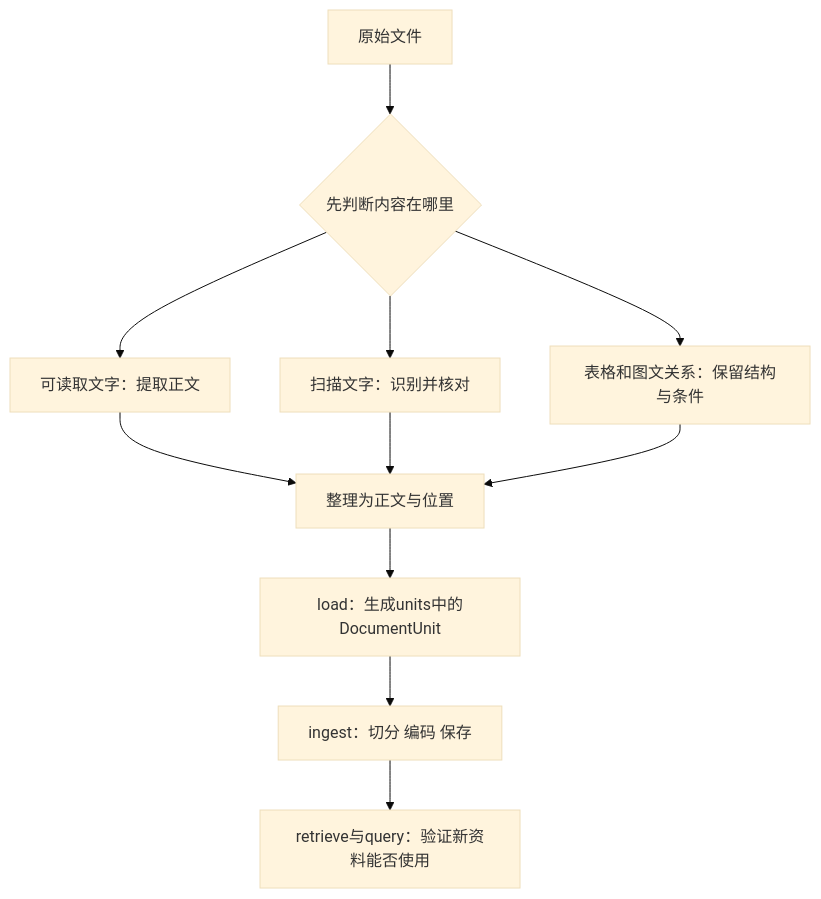
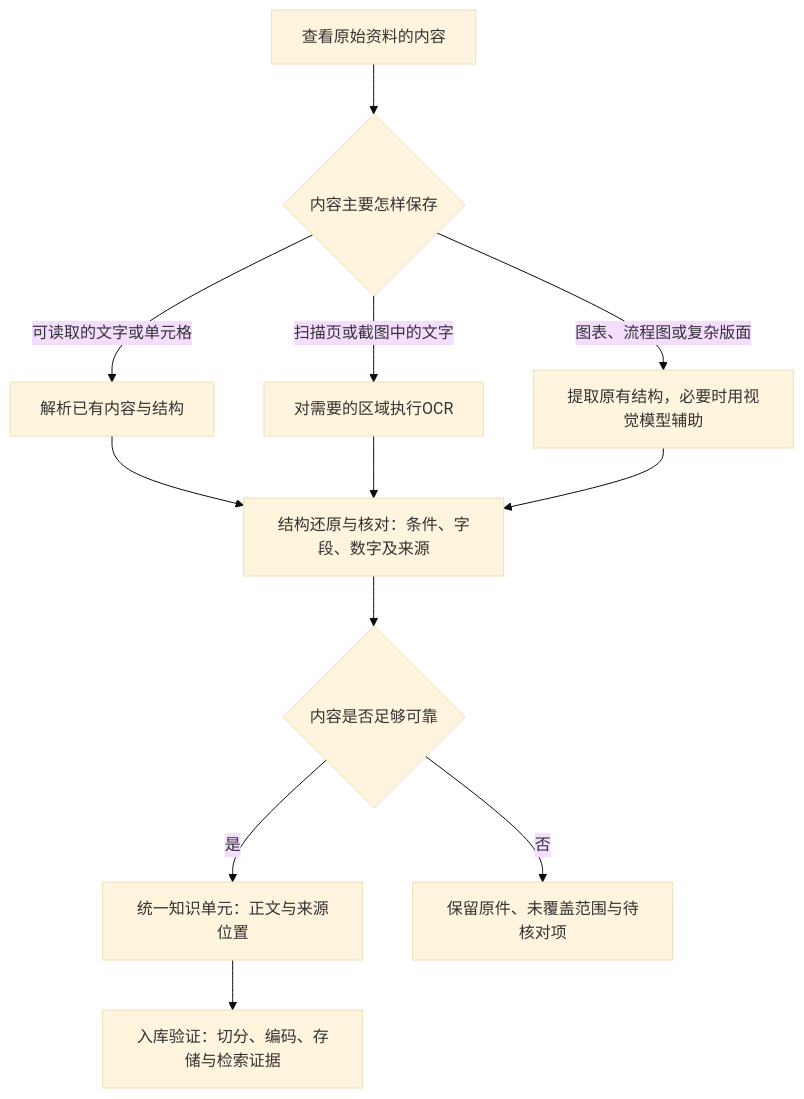
One commit to benx92/ai-learning-notes changed the first of 8 diagrams in 14-文档解析工具链网页PDFWordPPTExcel怎么进知识库.md. Above: the diagram before and after it, drawn with Mermaid (base theme). The commit also changed other lines of this file and 76 other files, not shown here.

````diff
--- a/14-文档解析工具链网页PDFWordPPTExcel怎么进知识库.md
+++ b/14-文档解析工具链网页PDFWordPPTExcel怎么进知识库.md
@@ -54,13 +51,14 @@
 ```mermaid
 flowchart TD
-    A[原始文件] --> B{先判断内容在哪里}
-    B --> C[可读取文字：提取正文]
-    B --> D[扫描文字：识别并核对]
-    B --> E[表格和图文关系：保留结构与条件]
-    C --> F[整理为正文与位置]
+    A[查看原始资料的内容] --> B{内容主要怎样保存}
+    B -->|可读取的文字或单元格| C[解析已有内容与结构]
+    B -->|扫描页或截图中的文字| D[对需要的区域执行OCR]
+    B -->|图表、流程图或复杂版面| E[提取原有结构，必要时用视觉模型辅助]
+    C --> F[结构还原与核对：条件、字段、数字及来源]
     D --> F
     E --> F
-    F --> U[load：生成units中的DocumentUnit]
-    U --> I[ingest：切分 编码 保存]
-    I --> Q[retrieve与query：验证新资料能否使用]
+    F --> G{内容是否足够可靠}
+    G -->|是| H[统一知识单元：正文与来源位置]
+    G -->|否| I[保留原件、未覆盖范围与待核对项]
+    H --> J[入库验证：切分、编码、存储与检索证据]
 ```
````
